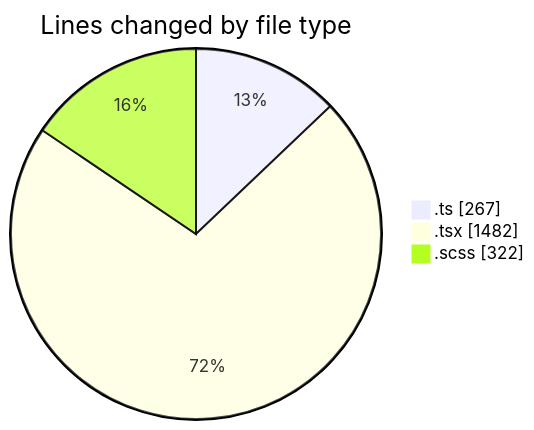
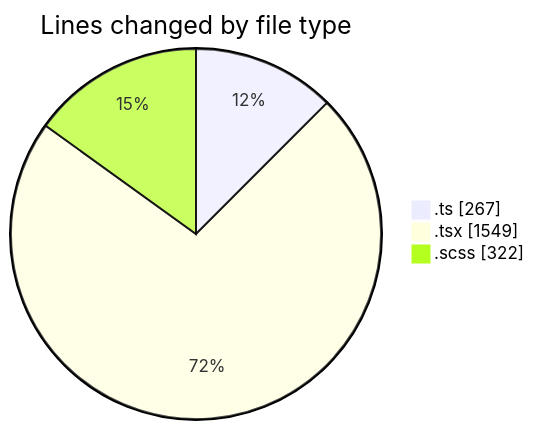
The first of 2 diagrams in 2025-05-01/cda/README.md (momahboobian/code-tracking), drawn with Mermaid before and after one commit. The commit also changed other lines of this file and 1 other file, not shown here.

````diff
--- a/2025-05-01/cda/README.md
+++ b/2025-05-01/cda/README.md
@@ -31,7 +31,7 @@
 ```mermaid
 pie showData
 title Lines changed by file type
 ".ts" : 267
-".tsx" : 1482
+".tsx" : 1549
 ".scss" : 322
 ```
````
